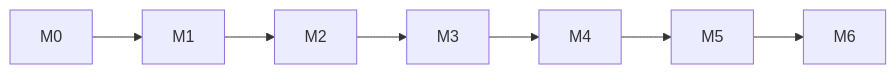
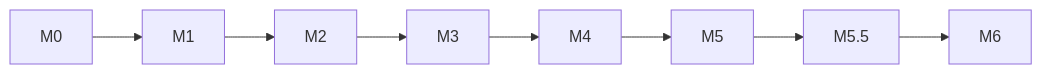
One commit to IgorPacheco1/Easy-finance changed the diagram in docs/roadmap.md. Above: the diagram before and after it, drawn with Mermaid. The commit also changed other lines of this file and 3 other files, not shown here.

````diff
--- a/docs/roadmap.md
+++ b/docs/roadmap.md
@@ -132,4 +182,4 @@
 ```mermaid
 flowchart LR
-    M0 --> M1 --> M2 --> M3 --> M4 --> M5 --> M6
+    M0 --> M1 --> M2 --> M3 --> M4 --> M5 --> M55["M5.5"] --> M6
 ```
````
